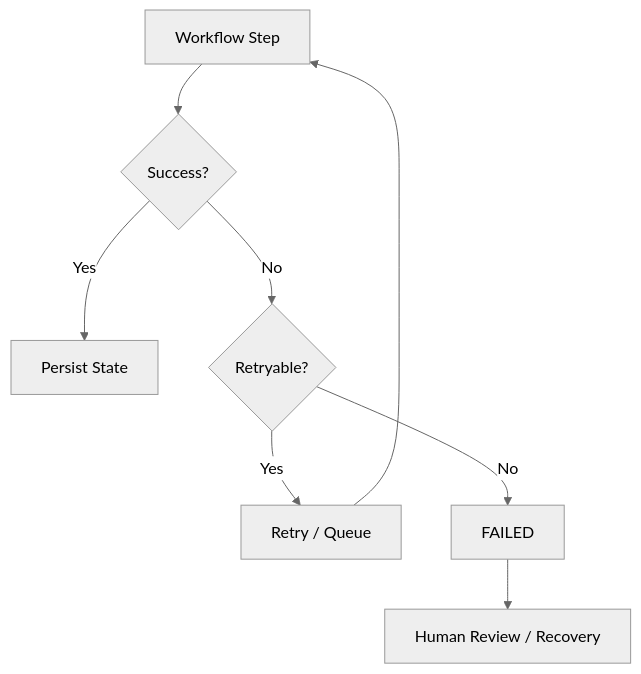
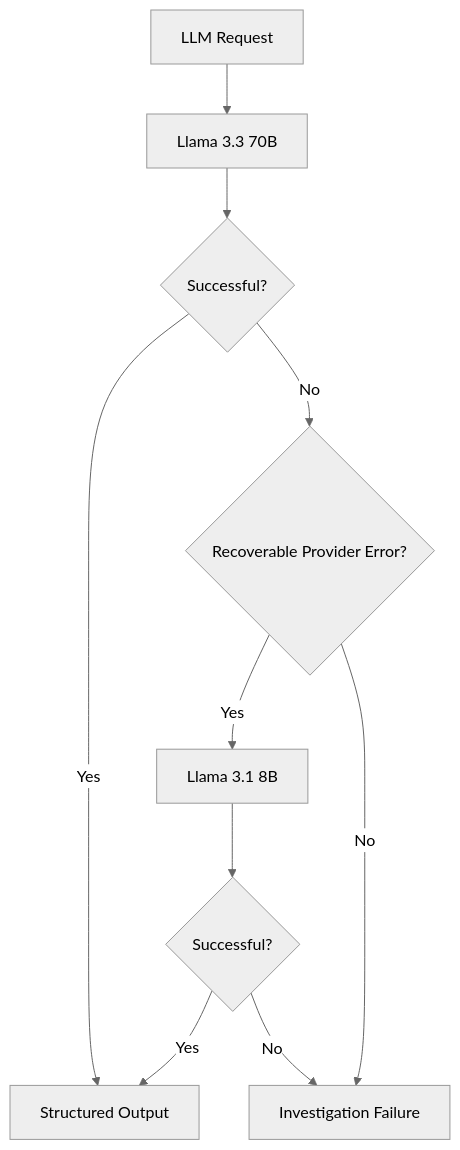
Before and after one commit to ChibuezeWilly/AI-Powered-Financial-Close-System: diagram 17 of 23 in README.md, drawn with Mermaid (neutral theme). The commit also changed other lines of this file and 28 other files, not shown here.

````diff
--- a/README.md
+++ b/README.md
@@ -2223,19 +2456,23 @@
 ```mermaid
-
 flowchart TD
 
-    A[Workflow Step] --> B{Success?}
+    REQUEST[LLM Request]
 
-    B -->|Yes| C[Persist State]
+    REQUEST --> PRIMARY[Llama 3.3 70B]
 
-    B -->|No| D{Retryable?}
+    PRIMARY --> RESULT{Successful?}
 
-    D -->|Yes| E[Retry / Queue]
+    RESULT -->|Yes| OUTPUT[Structured Output]
 
-    E --> A
+    RESULT -->|No| ERROR{Recoverable Provider Error?}
 
-    D -->|No| F[FAILED]
+    ERROR -->|Yes| FALLBACK[Llama 3.1 8B]
 
-    F --> G[Human Review / Recovery]
+    ERROR -->|No| FAILED[Investigation Failure]
 
+    FALLBACK --> FALLBACK_RESULT{Successful?}
+
+    FALLBACK_RESULT -->|Yes| OUTPUT
+
+    FALLBACK_RESULT -->|No| FAILED
 ```
````
